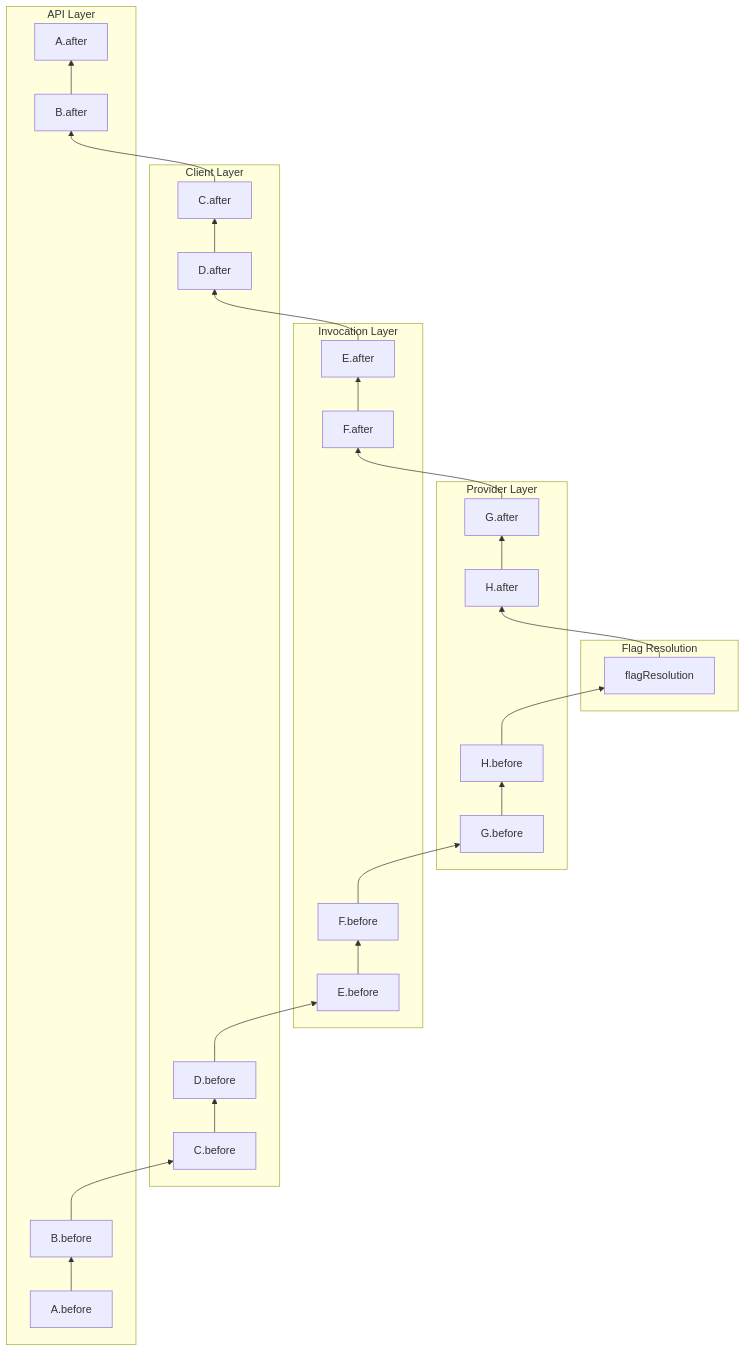
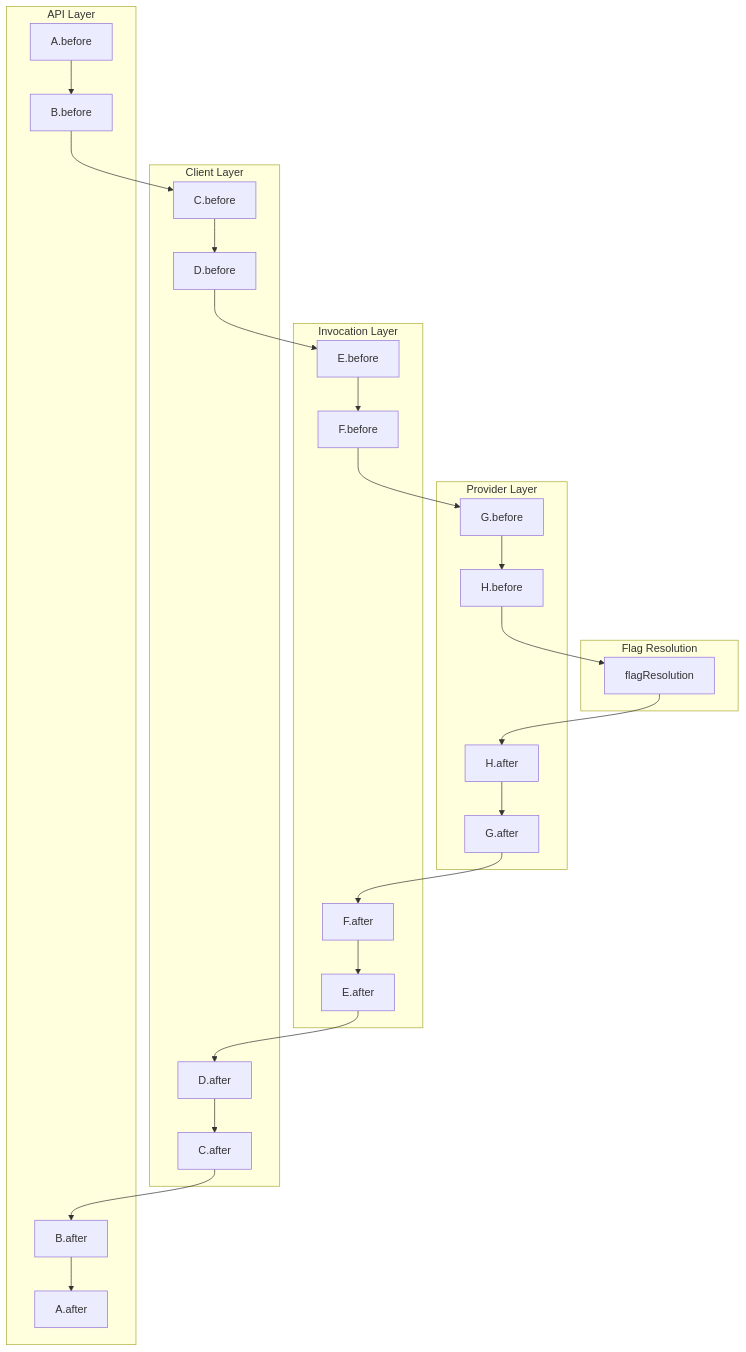
Before and after one commit to open-feature/spec: the third of 3 diagrams in specification/sections/04-hooks.md, drawn with Mermaid.

Commit message:
docs: fix flowchart direction in 04-hooks.md

````diff
--- a/specification/sections/04-hooks.md
+++ b/specification/sections/04-hooks.md
@@ -269,52 +269,52 @@
 ```mermaid
-flowchart BT
+flowchart TB
     subgraph FlagResolution [Flag Resolution]
         flagResolution[flagResolution]
     end
 
     subgraph Provider [Provider Layer]
         G_before[G.before]
         H_before[H.before]
         G_after[G.after]
         H_after[H.after]
     end
 
     subgraph Invocation [Invocation Layer]
         E_before[E.before]
         F_before[F.before]
         E_after[E.after]
         F_after[F.after]
     end
 
     subgraph Client [Client Layer]
         C_before[C.before]
         D_before[D.before]
         C_after[C.after]
         D_after[D.after]
     end
 
     subgraph API [API Layer]
         A_before[A.before]
         B_before[B.before]
         A_after[A.after]
         B_after[B.after]
     end
 
     A_before --> B_before
     B_before --> C_before
     C_before --> D_before
     D_before --> E_before
     E_before --> F_before
     F_before --> G_before
     G_before --> H_before
     H_before --> flagResolution
     
     flagResolution --> H_after
     H_after --> G_after
     G_after --> F_after
     F_after --> E_after
     E_after --> D_after
     D_after --> C_after
     C_after --> B_after
     B_after --> A_after
 ```
````
